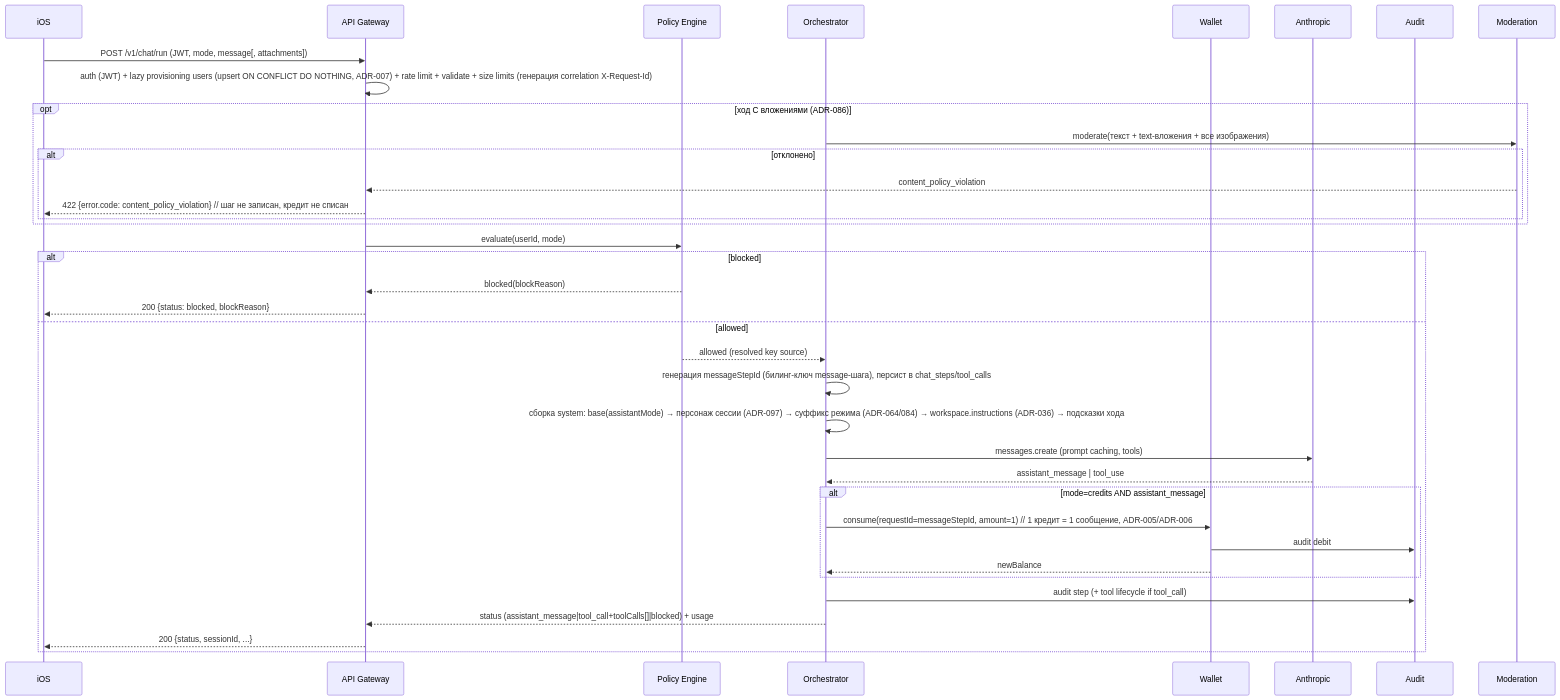
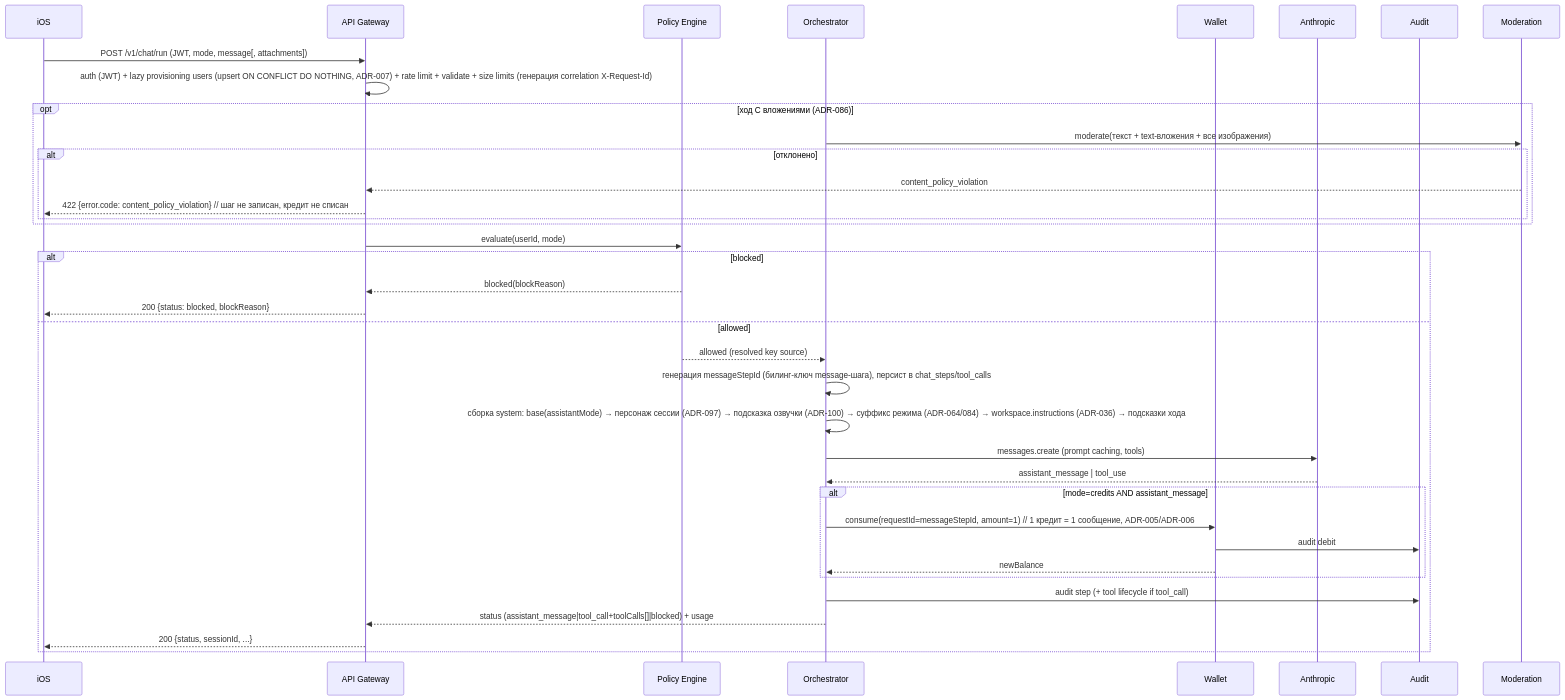
The second of 3 diagrams in docs/01-architecture.md (eliseiv/claude-ios), drawn with Mermaid before and after one commit. The commit also changed other lines of this file and 126 other files, not shown here.

````diff
--- a/docs/01-architecture.md
+++ b/docs/01-architecture.md
@@ -109,40 +109,40 @@
 ```mermaid
 sequenceDiagram
     participant C as iOS
     participant GW as API Gateway
     participant P as Policy Engine
     participant O as Orchestrator
     participant W as Wallet
     participant A as Anthropic
     participant AU as Audit
 
     participant M as Moderation
     C->>GW: POST /v1/chat/run (JWT, mode, message[, attachments])
     GW->>GW: auth (JWT) + lazy provisioning users (upsert ON CONFLICT DO NOTHING, ADR-007) + rate limit + validate + size limits (генерация correlation X-Request-Id)
     opt ход С вложениями (ADR-086)
         O->>M: moderate(текст + text-вложения + все изображения)
         alt отклонено
             M-->>GW: content_policy_violation
             GW-->>C: 422 {error.code: content_policy_violation}  // шаг не записан, кредит не списан
         end
     end
     GW->>P: evaluate(userId, mode)
     alt blocked
         P-->>GW: blocked(blockReason)
         GW-->>C: 200 {status: blocked, blockReason}
     else allowed
         P-->>O: allowed (resolved key source)
         O->>O: генерация messageStepId (билинг-ключ message-шага), персист в chat_steps/tool_calls
-        O->>O: сборка system: base(assistantMode) → персонаж сессии (ADR-097) → суффикс режима (ADR-064/084) → workspace.instructions (ADR-036) → подсказки хода
+        O->>O: сборка system: base(assistantMode) → персонаж сессии (ADR-097) → подсказка озвучки (ADR-100) → суффикс режима (ADR-064/084) → workspace.instructions (ADR-036) → подсказки хода
         O->>A: messages.create (prompt caching, tools)
         A-->>O: assistant_message | tool_use
         alt mode=credits AND assistant_message
             O->>W: consume(requestId=messageStepId, amount=1)  // 1 кредит = 1 сообщение, ADR-005/ADR-006
             W->>AU: audit debit
             W-->>O: newBalance
         end
         O->>AU: audit step (+ tool lifecycle if tool_call)
         O-->>GW: status (assistant_message|tool_call+toolCalls[]|blocked) + usage
         GW-->>C: 200 {status, sessionId, ...}
     end
 ```
````
